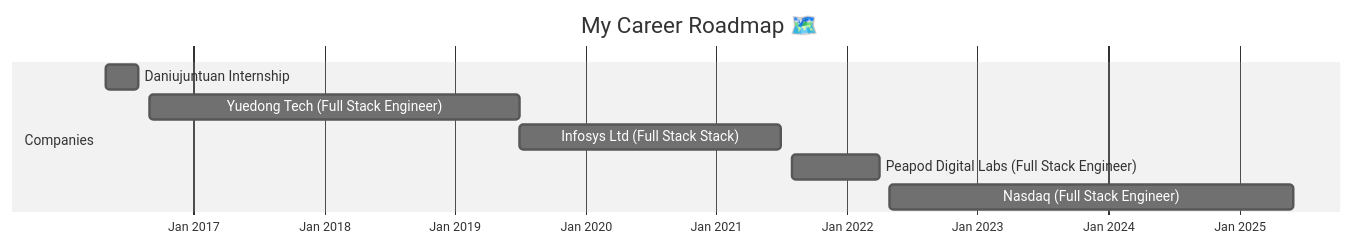
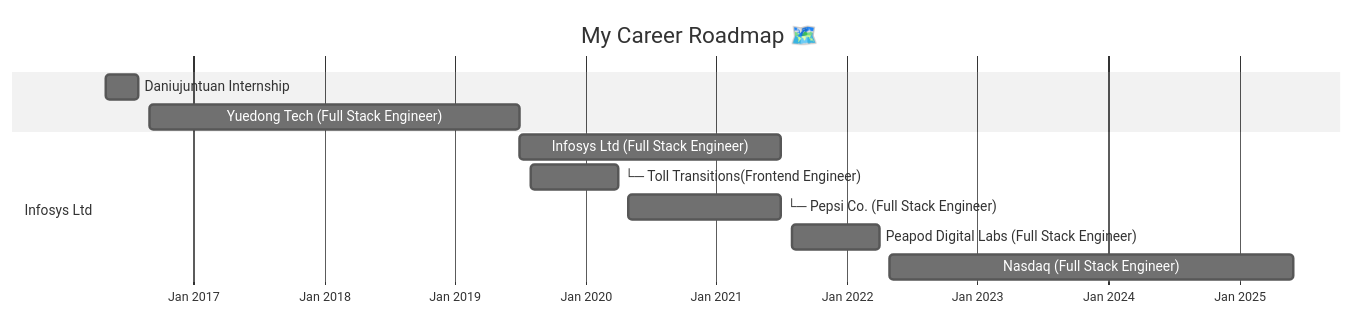
Before and after one commit to GoldenaArcher/GoldenaArcher: the diagram in README.md, drawn with Mermaid (neutral theme).

Commit message:
docs(README): update work experience timeline and structure
Restructure the work experience section to better reflect project hierarchy under Infosys Ltd

````diff
--- a/README.md
+++ b/README.md
@@ -5,13 +5,18 @@
 ```mermaid
 gantt
     title My Career Roadmap 🗺️
     dateFormat  YYYY-MM
     axisFormat  %b %Y
 
-    section Companies
     Daniujuntuan Internship                    :internship, 2016-05, 2016-08
     Yuedong Tech (Full Stack Engineer)         :yuedong, 2016-09, 2019-07
-    Infosys Ltd (Full Stack Stack)             :infy, 2019-07, 2021-07
+
+    section Infosys Ltd
+    Infosys Ltd (Full Stack Engineer)             :infy, 2019-07, 2021-07
+    └─ Toll Transitions(Frontend Engineer)        :toll, 2019-08, 2020-04
+    └─ Pepsi Co. (Full Stack Engineer)            :projB, 2020-05, 2021-07
+
     Peapod Digital Labs (Full Stack Engineer)  :pdl, 2021-08, 2022-04
     Nasdaq (Full Stack Engineer)               :nasdaq, 2022-05, 2025-06
+
 ```
````
